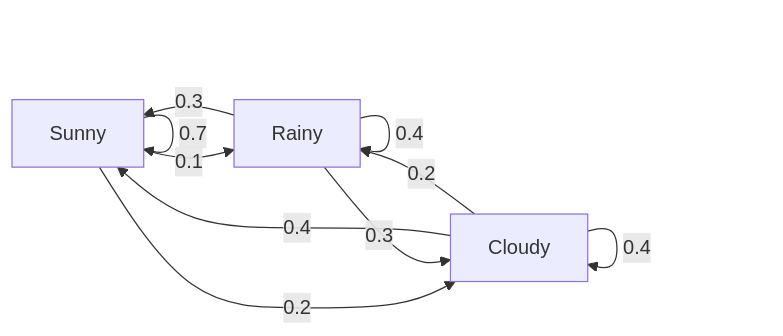
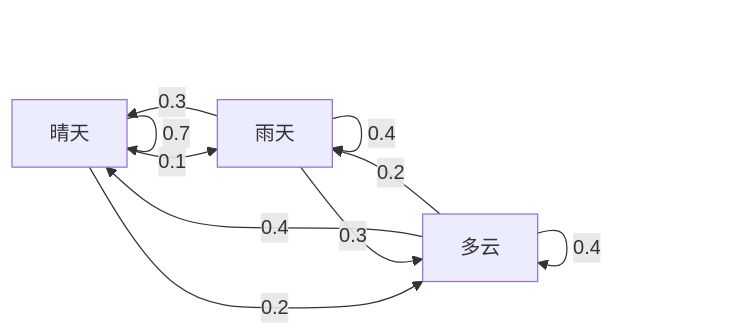
Before and after one commit to cluster1900/ai-engineering-from-scratch-zh: the first of 2 diagrams in phases/01-math-foundations/22-stochastic-processes/docs/en.md, drawn with Mermaid. The commit also changed other lines of this file and 2 other files, not shown here.

````diff
--- a/phases/01-math-foundations/22-stochastic-processes/docs/en.md
+++ b/phases/01-math-foundations/22-stochastic-processes/docs/en.md
@@ -93,12 +97,12 @@
 ```mermaid
 graph LR
-    S["Sunny"] -->|0.7| S
-    S -->|0.1| R["Rainy"]
-    S -->|0.2| C["Cloudy"]
+    S["晴天"] -->|0.7| S
+    S -->|0.1| R["雨天"]
+    S -->|0.2| C["多云"]
     R -->|0.3| S
     R -->|0.4| R
     R -->|0.3| C
     C -->|0.4| S
     C -->|0.2| R
     C -->|0.4| C
 ```
````
